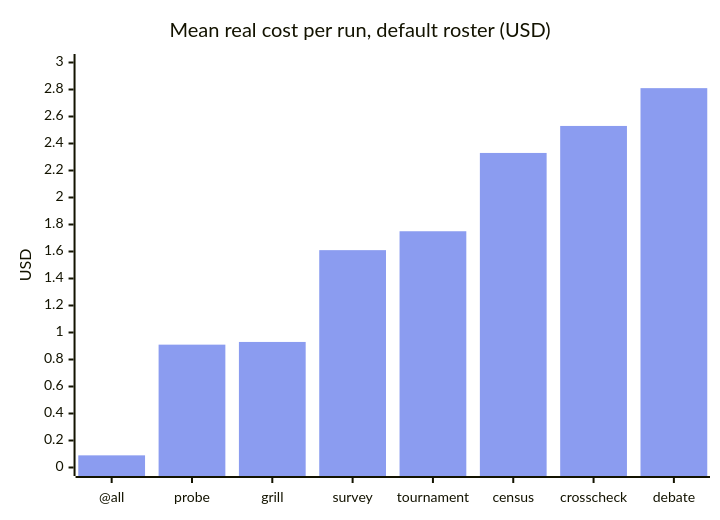
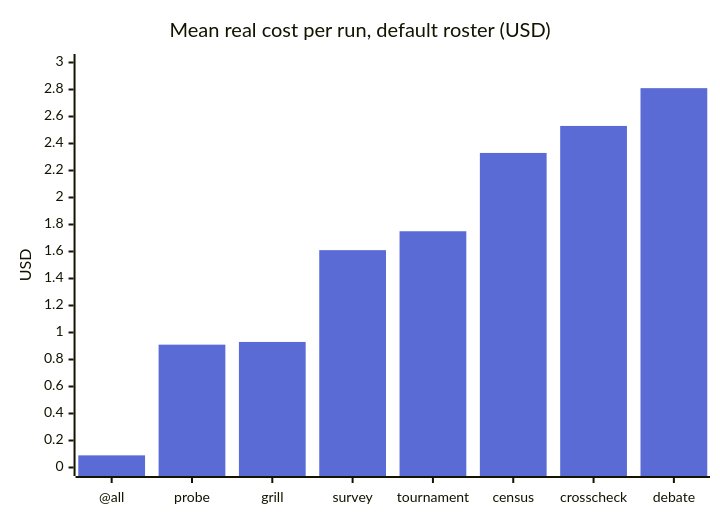
Before and after one commit to shoemoney/squad: the fourth of 8 diagrams in README.md, drawn with Mermaid. The commit also changed other lines of this file, not shown here.

Commit message:
docs: 📦🧭 README round 3: per-OS key install, Quick start up front, vertical theme-safe diagrams, honest clip wording, census and crosscheck recut 🎞️

````diff
--- a/README.md
+++ b/README.md
@@ -1081,8 +1065,8 @@
 ```mermaid
-%%{init: {'themeVariables':{'xyChart':{'plotColorPalette':'#8b9cf0'}}}}%%
+%%{init: {'themeVariables':{'xyChart':{'plotColorPalette':'#5b6bd6'}}}}%%
 xychart-beta
     title "Mean real cost per run, default roster (USD)"
     x-axis ["@all", "probe", "grill", "survey", "tournament", "census", "crosscheck", "debate"]
     y-axis "USD" 0 --> 3
     bar [0.09, 0.91, 0.93, 1.61, 1.75, 2.33, 2.53, 2.81]
 ```
````
